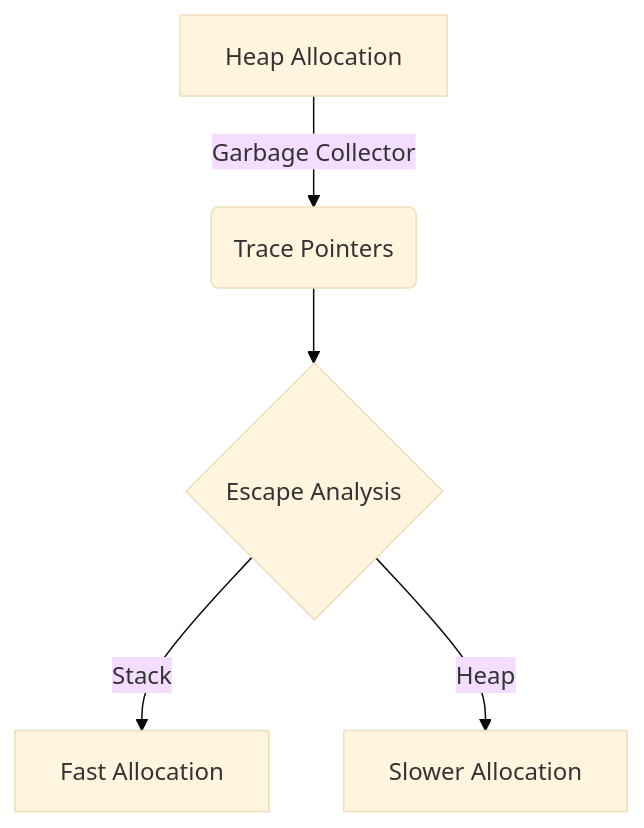
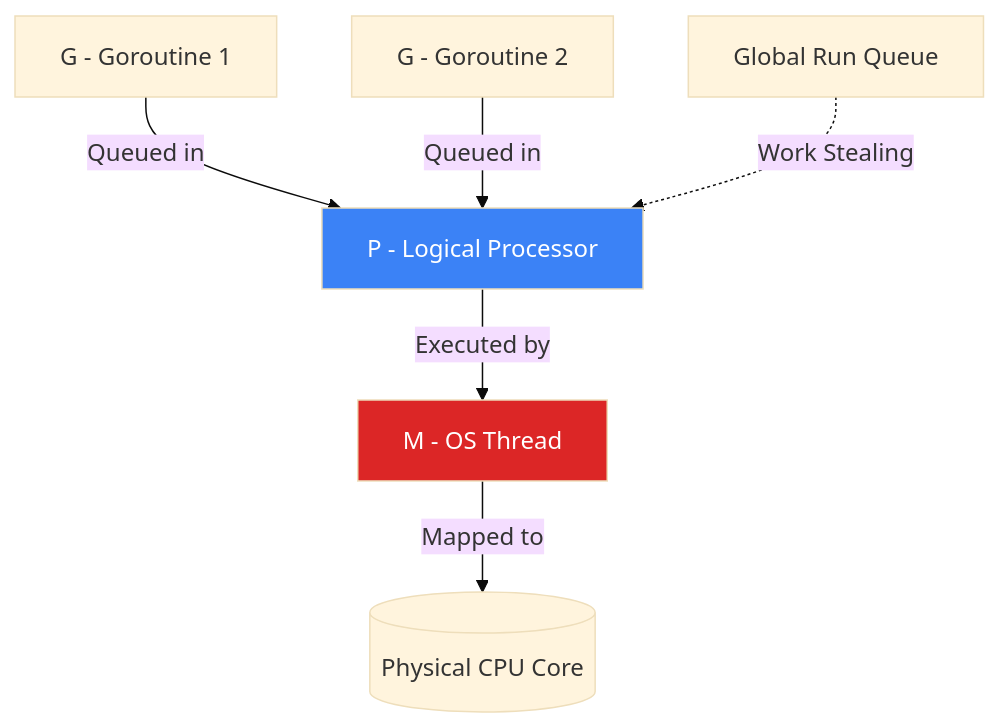
The diagram in content/lessons/performance-engineering/004-scheduler.md (Suryavamsi53/goverseforgophers), drawn with Mermaid (base theme) before and after one commit. The commit also changed other lines of this file and 218 other files, not shown here.

Commit message:
feat(curriculum): complete full 108-lesson standardisation with FAANG architectural templates

````diff
--- a/content/lessons/performance-engineering/004-scheduler.md
+++ b/content/lessons/performance-engineering/004-scheduler.md
@@ -16,7 +19,13 @@
 ```mermaid
 graph TD
-    A[Heap Allocation] -->|Garbage Collector| B(Trace Pointers)
-    B --> C{Escape Analysis}
-    C -->|Stack| D[Fast Allocation]
-    C -->|Heap| E[Slower Allocation]
+    A[G - Goroutine 1] -->|Queued in| B[P - Logical Processor]
+    C[G - Goroutine 2] -->|Queued in| B
+    
+    B -->|Executed by| D[M - OS Thread]
+    D -->|Mapped to| E[(Physical CPU Core)]
+    
+    F[Global Run Queue] -.->|Work Stealing| B
+    
+    style B fill:#3b82f6,color:#fff
+    style D fill:#dc2626,color:#fff
 ```
````
